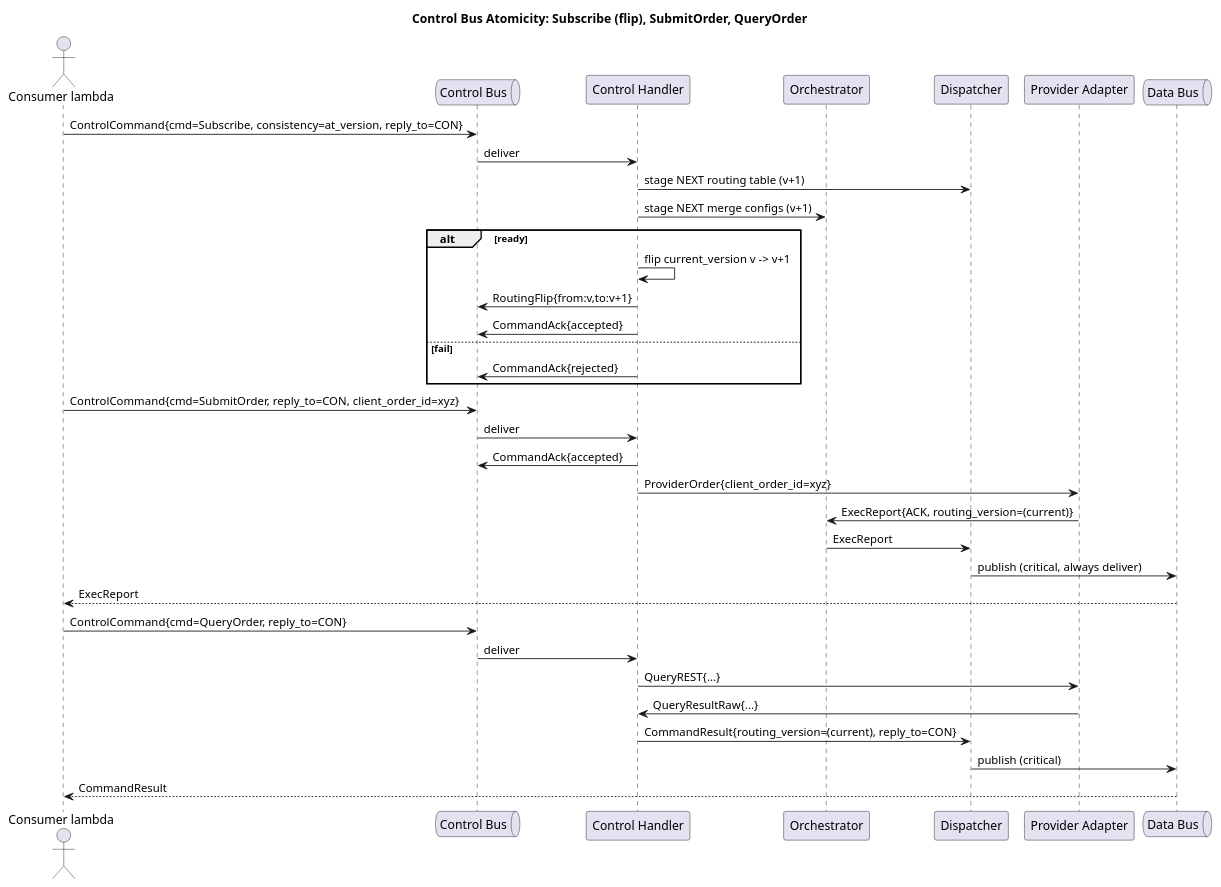
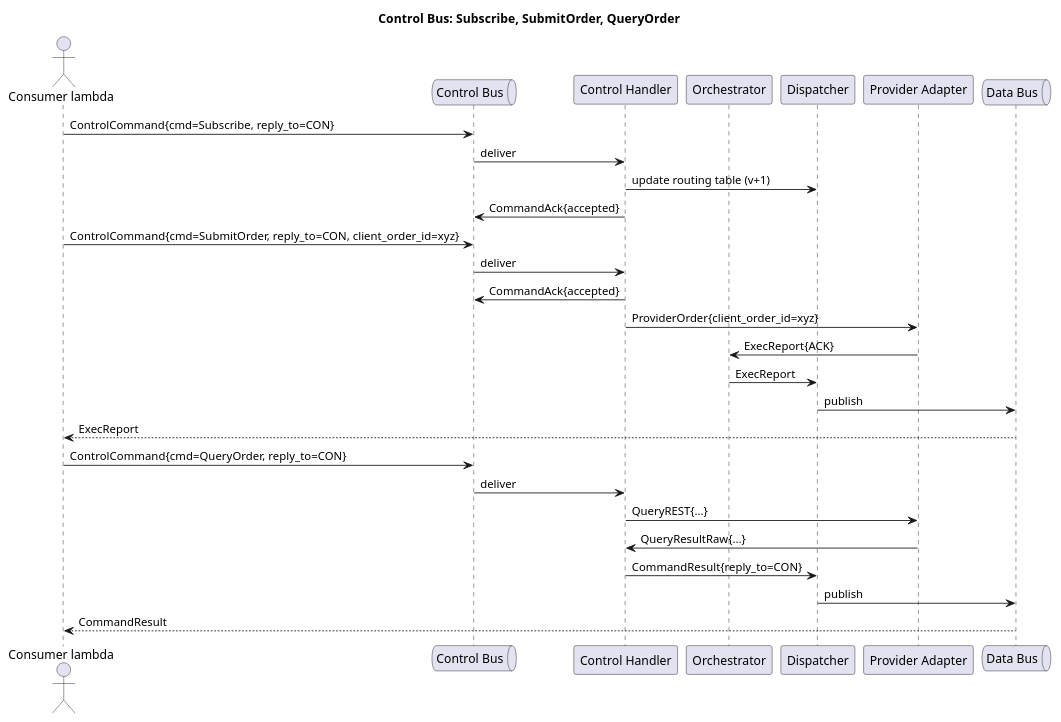
Before and after one commit to coachpo/meltica: the diagram in docs/diagrams/subscription-seq.puml, drawn with PlantUML. The commit also changed 28 other files, not shown here.

```diff
--- a/docs/diagrams/subscription-seq.puml
+++ b/docs/diagrams/subscription-seq.puml
@@ -1,43 +1,36 @@
 @startuml
-title Control Bus Atomicity: Subscribe (flip), SubmitOrder, QueryOrder
+title Control Bus: Subscribe, SubmitOrder, QueryOrder
 
 actor "Consumer lambda" as CON
 queue "Control Bus" as CB
 participant "Control Handler" as Ctrl
 participant "Orchestrator" as Orc
 participant "Dispatcher" as Disp
 participant "Provider Adapter" as Prov
 queue "Data Bus" as DBus
 
-' Subscribe with atomic flip
-CON -> CB : ControlCommand{cmd=Subscribe, consistency=at_version, reply_to=CON}
+' Subscribe
+CON -> CB : ControlCommand{cmd=Subscribe, reply_to=CON}
 CB -> Ctrl : deliver
-Ctrl -> Disp : stage NEXT routing table (v+1)
-Ctrl -> Orc : stage NEXT merge configs (v+1)
-alt ready
-  Ctrl -> Ctrl : flip current_version v -> v+1
-  Ctrl -> CB : RoutingFlip{from:v,to:v+1}
-  Ctrl -> CB : CommandAck{accepted}
-else fail
-  Ctrl -> CB : CommandAck{rejected}
-end
+Ctrl -> Disp : update routing table (v+1)
+Ctrl -> CB : CommandAck{accepted}
 
 ' Submit Order (immediate)
 CON -> CB : ControlCommand{cmd=SubmitOrder, reply_to=CON, client_order_id=xyz}
 CB -> Ctrl : deliver
 Ctrl -> CB : CommandAck{accepted}
 Ctrl -> Prov : ProviderOrder{client_order_id=xyz}
-Prov -> Orc : ExecReport{ACK, routing_version=(current)}
+Prov -> Orc : ExecReport{ACK}
 Orc -> Disp : ExecReport
-Disp -> DBus : publish (critical, always deliver)
+Disp -> DBus : publish
 DBus --> CON : ExecReport
 
 ' Query Order (immediate)
 CON -> CB : ControlCommand{cmd=QueryOrder, reply_to=CON}
 CB -> Ctrl : deliver
 Ctrl -> Prov : QueryREST{...}
 Prov -> Ctrl : QueryResultRaw{...}
-Ctrl -> Disp : CommandResult{routing_version=(current), reply_to=CON}
-Disp -> DBus : publish (critical)
+Ctrl -> Disp : CommandResult{reply_to=CON}
+Disp -> DBus : publish
 DBus --> CON : CommandResult
 @enduml
```
